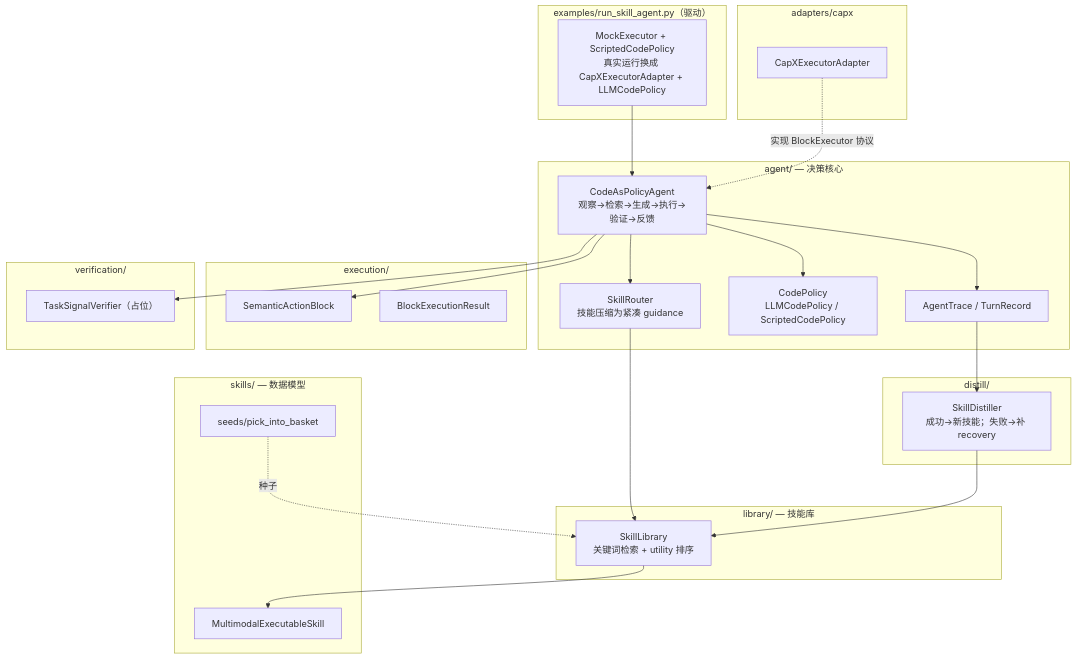
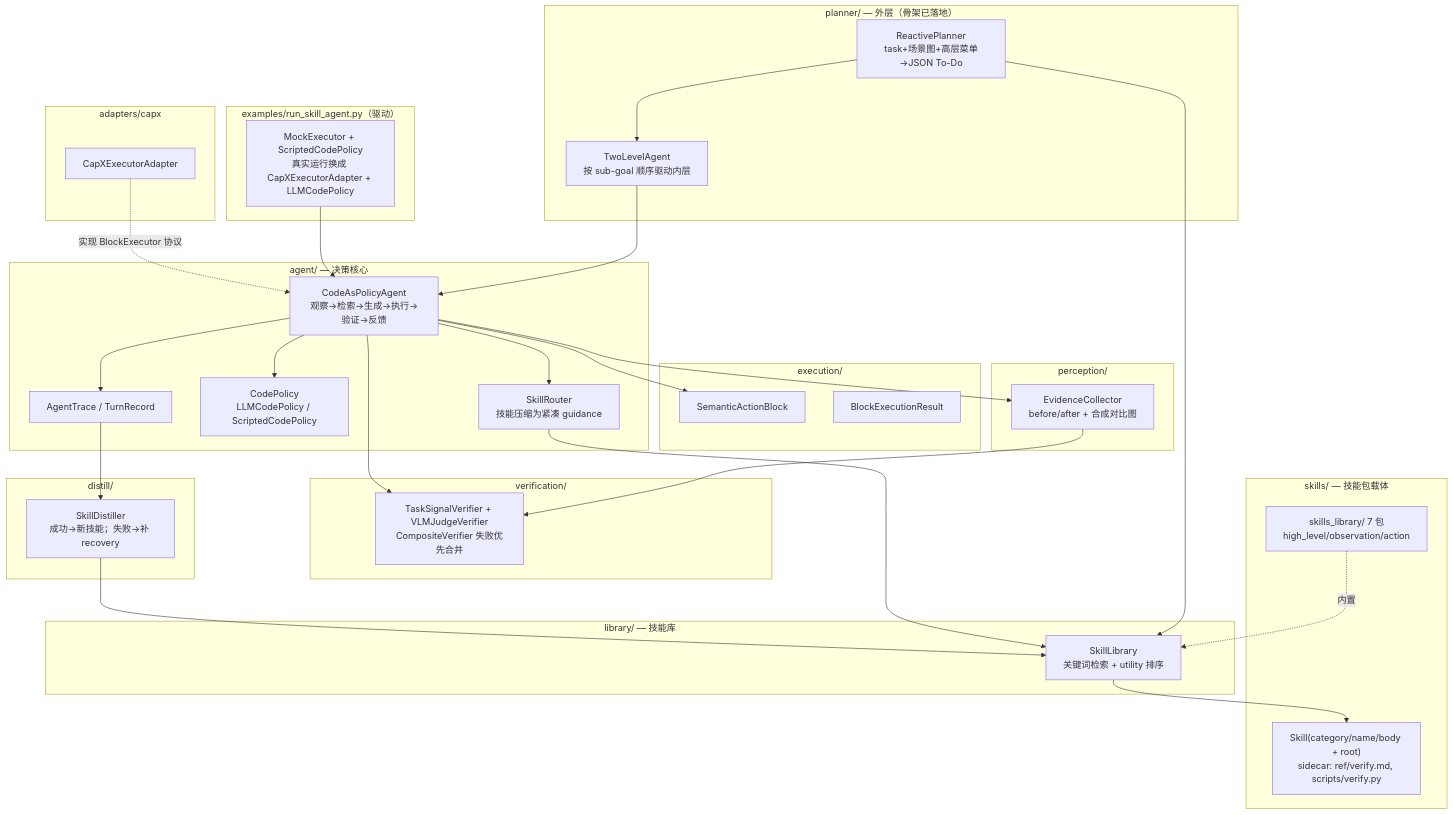
One commit to ZYH-Lightyear/BCap-X changed the first of 3 diagrams in docs/paper_design/robomex_framework_progress.md. Above: the diagram before and after it, drawn with Mermaid. The commit also changed other lines of this file and 60 other files, not shown here.

First line of the commit message:
Add planner, coding agent, skills library and verification agents

````diff
--- a/docs/paper_design/robomex_framework_progress.md
+++ b/docs/paper_design/robomex_framework_progress.md
@@ -41,50 +76,62 @@
 ```mermaid
 graph TB
     subgraph Example["examples/run_skill_agent.py（驱动）"]
         EX["MockExecutor + ScriptedCodePolicy<br/>真实运行换成 CapXExecutorAdapter + LLMCodePolicy"]
     end
 
     subgraph Agent["agent/ — 决策核心"]
         AG["CodeAsPolicyAgent<br/>观察→检索→生成→执行→验证→反馈"]
         RT["SkillRouter<br/>技能压缩为紧凑 guidance"]
         PO["CodePolicy<br/>LLMCodePolicy / ScriptedCodePolicy"]
         TR["AgentTrace / TurnRecord"]
     end
 
     subgraph Library["library/ — 技能库"]
         LIB["SkillLibrary<br/>关键词检索 + utility 排序"]
     end
 
-    subgraph Skills["skills/ — 数据模型"]
-        SCH["MultimodalExecutableSkill"]
-        SEED["seeds/pick_into_basket"]
+    subgraph Skills["skills/ — 技能包载体"]
+        SCH["Skill(category/name/body + root)<br/>sidecar: ref/verify.md, scripts/verify.py"]
+        SEED["skills_library/ 7 包<br/>high_level/observation/action"]
     end
 
     subgraph Exec["execution/"]
         SAB["SemanticActionBlock"]
         BER["BlockExecutionResult"]
     end
 
+    subgraph Perceive["perception/"]
+        COL["EvidenceCollector<br/>before/after + 合成对比图"]
+    end
+
     subgraph Verify["verification/"]
-        VER["TaskSignalVerifier（占位）"]
+        VER["TaskSignalVerifier + VLMJudgeVerifier<br/>CompositeVerifier 失败优先合并"]
     end
 
     subgraph Distill["distill/"]
         DIS["SkillDistiller<br/>成功→新技能；失败→补 recovery"]
     end
 
     subgraph Adapter["adapters/capx"]
         ADP["CapXExecutorAdapter"]
     end
 
+    subgraph Planner["planner/ — 外层（骨架已落地）"]
+        RP["ReactivePlanner<br/>task+场景图+高层菜单→JSON To-Do"]
+        TLA["TwoLevelAgent<br/>按 sub-goal 顺序驱动内层"]
+    end
+
+    RP --> LIB
+    RP --> TLA --> AG
     EX --> AG
     AG --> RT --> LIB
     AG --> PO
     AG --> SAB
+    AG --> COL --> VER
     AG --> VER
     AG --> TR
     LIB --> SCH
-    SEED -.种子.-> LIB
+    SEED -.内置.-> LIB
     TR --> DIS --> LIB
     ADP -.实现 BlockExecutor 协议.-> AG
 ```
````
